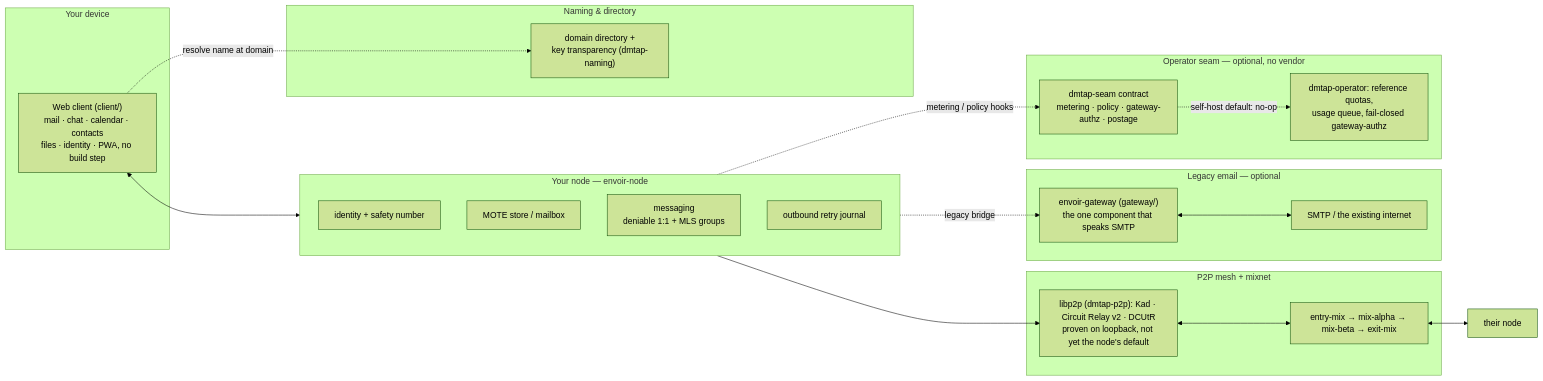
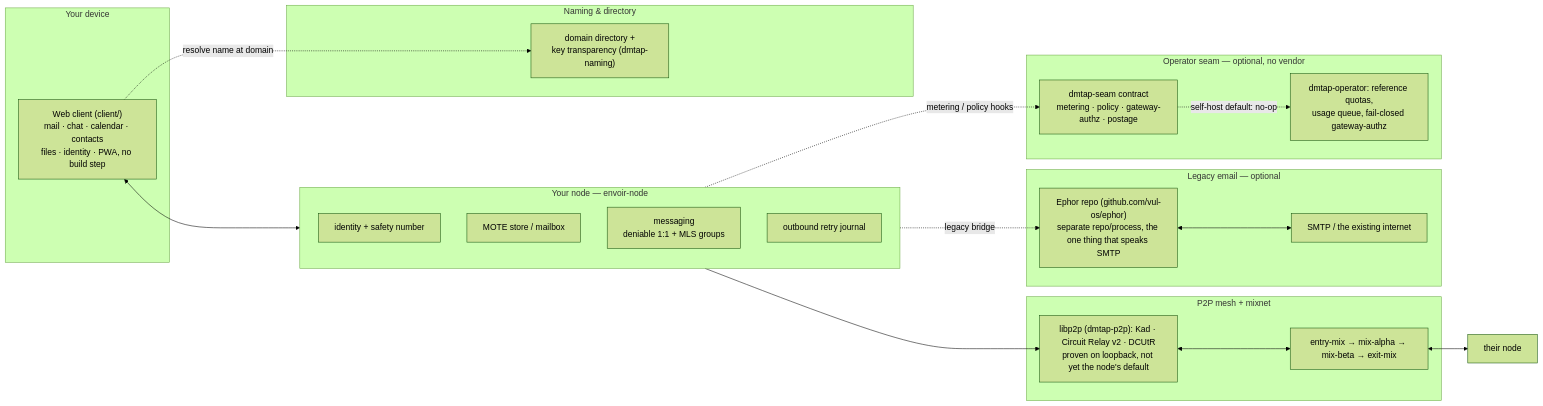
One commit to vul-os/envoir changed the first of 2 diagrams in site/docs/architecture.md. Above: the diagram before and after it, drawn with Mermaid (forest theme). The commit also changed other lines of this file and 21 other files, not shown here.

````diff
--- a/site/docs/architecture.md
+++ b/site/docs/architecture.md
@@ -9,42 +12,42 @@
 ```mermaid
 flowchart LR
     subgraph You["Your device"]
         Client["Web client (client/)<br/>mail · chat · calendar · contacts<br/>files · identity · PWA, no build step"]
     end
 
     subgraph Node["Your node — envoir-node"]
         Identity_["identity + safety number"]
         Mailbox["MOTE store / mailbox"]
         Messaging["messaging<br/>deniable 1:1 + MLS groups"]
         Journal["outbound retry journal"]
     end
 
     subgraph Mesh["P2P mesh + mixnet"]
         Transport["libp2p (dmtap-p2p): Kad · Circuit Relay v2 · DCUtR<br/>proven on loopback, not yet the node's default"]
         Mix["entry-mix → mix-alpha → mix-beta → exit-mix"]
     end
 
     subgraph Naming["Naming & directory"]
         KT["domain directory +<br/>key transparency (dmtap-naming)"]
     end
 
     subgraph Legacy["Legacy email — optional"]
-        Gateway["envoir-gateway (gateway/)<br/>the one component that speaks SMTP"]
+        Gateway["Ephor repo (github.com/vul-os/ephor)<br/>separate repo/process, the one thing that speaks SMTP"]
         SMTP["SMTP / the existing internet"]
     end
 
     subgraph Op["Operator seam — optional, no vendor"]
         Seam["dmtap-seam contract<br/>metering · policy · gateway-authz · postage"]
         Ref["dmtap-operator: reference quotas,<br/>usage queue, fail-closed gateway-authz"]
     end
 
     Client <--> Node
     Node --> Transport
     Transport <--> Mix
     Mix <--> Peer["their node"]
     Client -.->|resolve name at domain| KT
     Node -.->|legacy bridge| Gateway
     Gateway <--> SMTP
     Node -.->|metering / policy hooks| Seam
     Seam -.->|self-host default: no-op| Ref
 ```
````
